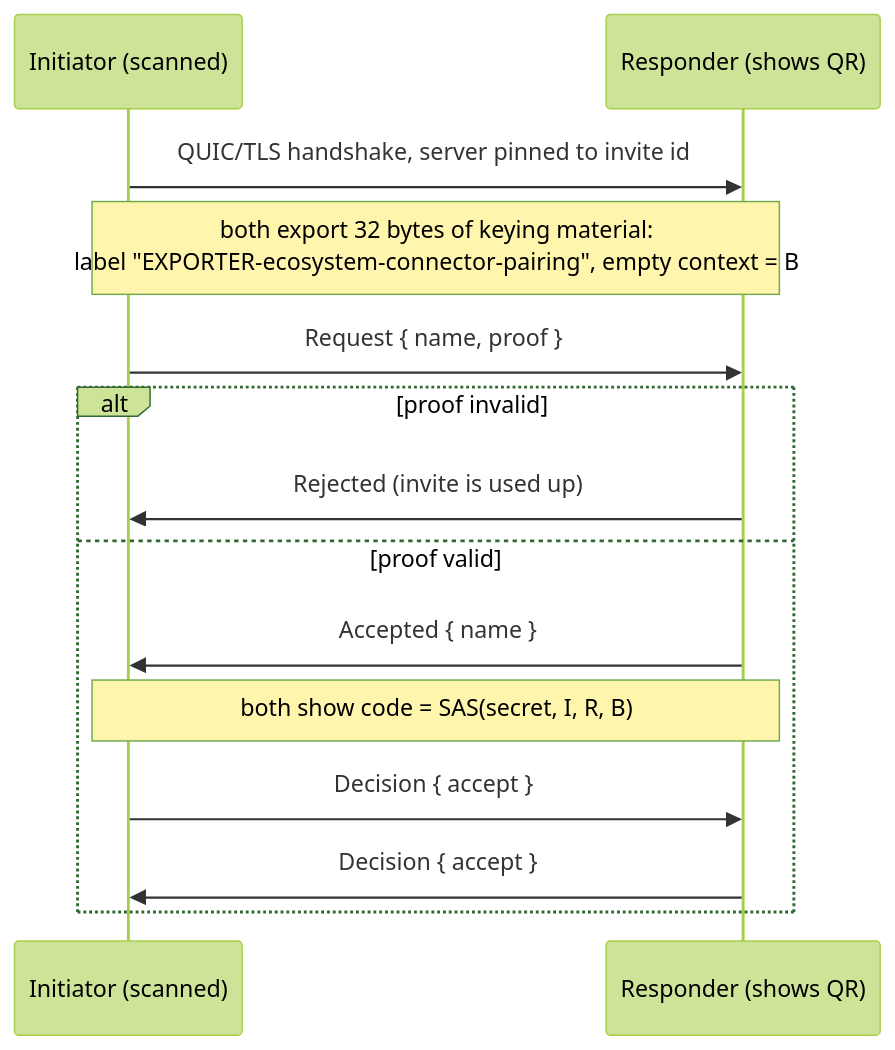
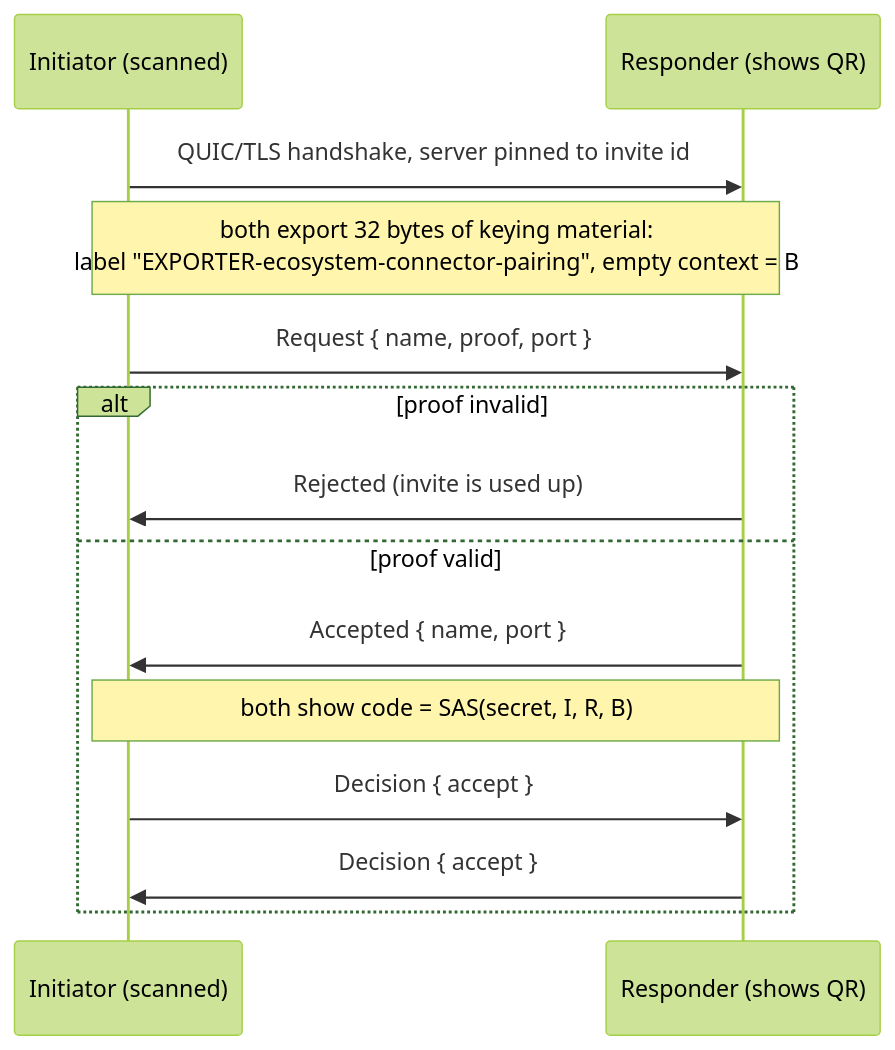
Before and after one commit to SerhanEnsar/ecosystem-connector: the first of 2 diagrams in docs/PROTOCOL.md, drawn with Mermaid (forest theme). The commit also changed other lines of this file and 28 other files, not shown here.

````diff
--- a/docs/PROTOCOL.md
+++ b/docs/PROTOCOL.md
@@ -51,16 +51,16 @@
 ```mermaid
 sequenceDiagram
     participant I as Initiator (scanned)
     participant R as Responder (shows QR)
     I->>R: QUIC/TLS handshake, server pinned to invite id
     Note over I,R: both export 32 bytes of keying material:<br/>label "EXPORTER-ecosystem-connector-pairing", empty context = B
-    I->>R: Request { name, proof }
+    I->>R: Request { name, proof, port }
     alt proof invalid
         R->>I: Rejected (invite is used up)
     else proof valid
-        R->>I: Accepted { name }
+        R->>I: Accepted { name, port }
         Note over I,R: both show code = SAS(secret, I, R, B)
         I->>R: Decision { accept }
         R->>I: Decision { accept }
     end
 ```
````
